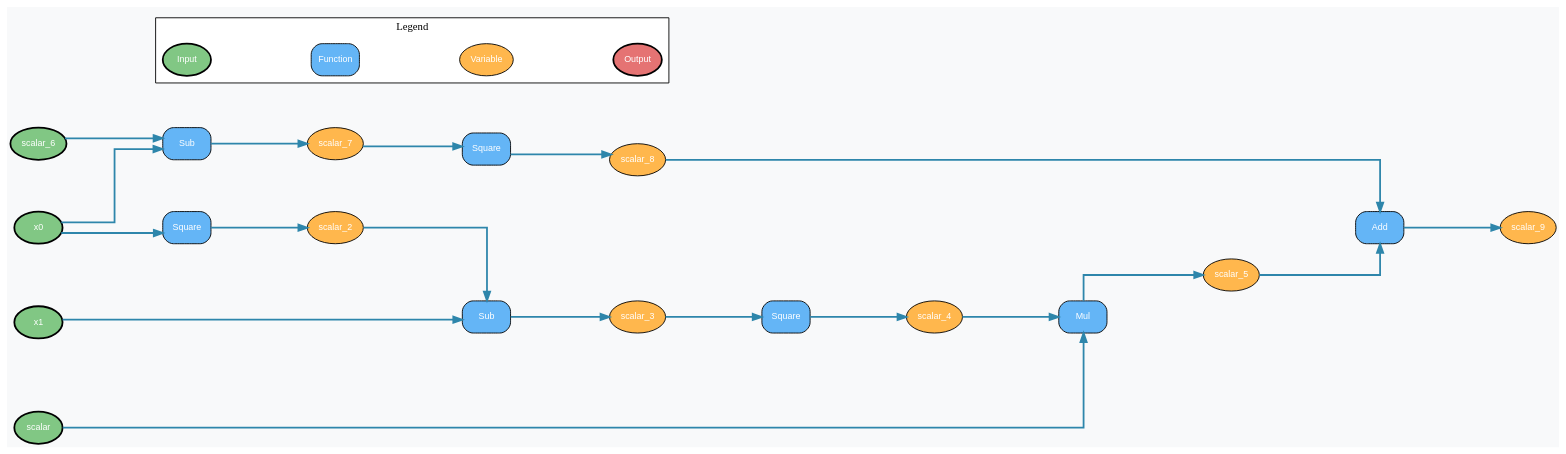
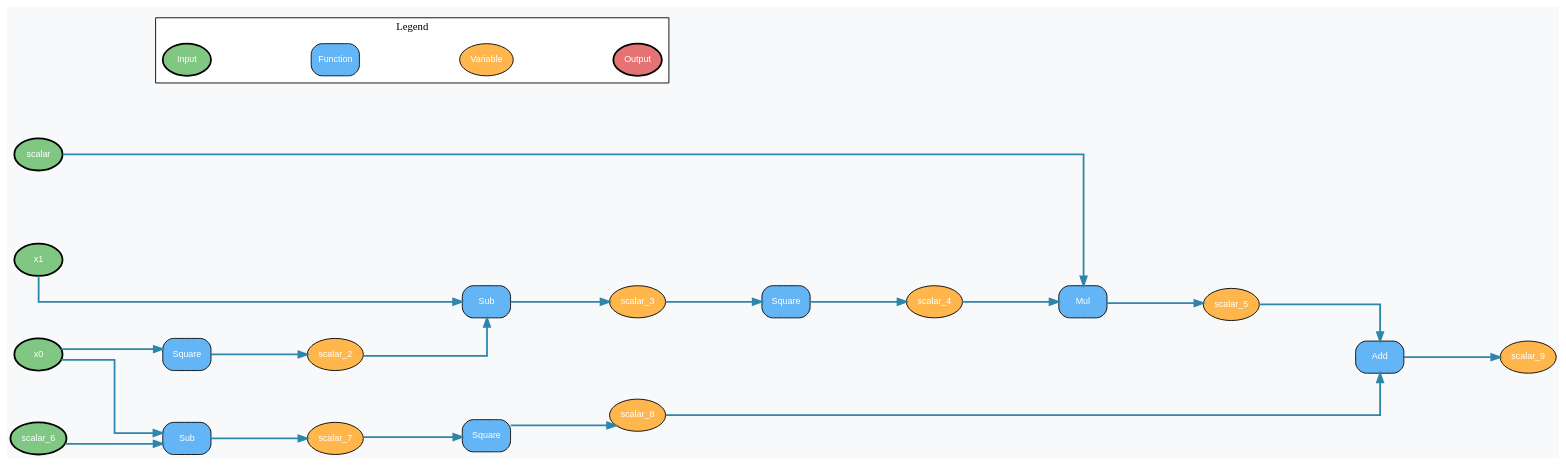
Before and after one commit to 3QNRpDwD/TrenchDeep: the diagram in graph/rosenbrock.dot, drawn with Graphviz. The commit also changed 1 other file, not shown here.

```diff
--- a/graph/rosenbrock.dot
+++ b/graph/rosenbrock.dot
@@ -1,64 +1,64 @@
 digraph ComputationGraph {
 bgcolor="#F8F9FA";
 rankdir=LR;  // 좌우 배치로 데이터 흐름을 더 직관적으로
 splines=ortho;
 nodesep=0.8;
 ranksep=1.5;
 node [fontname="Arial", fontsize=10];
 edge [fontname="Arial", fontsize=8];
 
-    "0x1b7520b4f70" [label="scalar_3", shape=ellipse, style="filled", fillcolor="#FFB74D", fontcolor="white"];
-    "Pointer { addr: 0x1b7520bd7b0, metadata: DynMetadata(0x7ff793bfaff8) }" [label="Sub", shape=box, style="filled,rounded", fillcolor="#64B5F6", fontcolor="white"];
-    "0x1b7520b5c90" [label="scalar_5", shape=ellipse, style="filled", fillcolor="#FFB74D", fontcolor="white"];
-    "0x1b7520b5a10" [label="scalar_7", shape=ellipse, style="filled", fillcolor="#FFB74D", fontcolor="white"];
-    "0x1b7520b5f10" [label="scalar_6", shape=ellipse, style="filled,bold", fillcolor="#81C784", fontcolor="white"];
-    "0x1b7520b50b0" [label="scalar_8", shape=ellipse, style="filled", fillcolor="#FFB74D", fontcolor="white"];
-    "Pointer { addr: 0x1b7520bd780, metadata: DynMetadata(0x7ff793bfaf88) }" [label="Square", shape=box, style="filled,rounded", fillcolor="#64B5F6", fontcolor="white"];
-    "0x1b7520a96e0" [label="scalar", shape=ellipse, style="filled,bold", fillcolor="#81C784", fontcolor="white"];
-    "0x1b7520aa040" [label="scalar_2", shape=ellipse, style="filled", fillcolor="#FFB74D", fontcolor="white"];
-    "Pointer { addr: 0x1b7520bd810, metadata: DynMetadata(0x7ff793bfaf88) }" [label="Square", shape=box, style="filled,rounded", fillcolor="#64B5F6", fontcolor="white"];
-    "Pointer { addr: 0x1b7520bd870, metadata: DynMetadata(0x7ff793bfaf00) }" [label="Mul", shape=box, style="filled,rounded", fillcolor="#64B5F6", fontcolor="white"];
-    "0x1b7520a9640" [label="x1", shape=ellipse, style="filled,bold", fillcolor="#81C784", fontcolor="white"];
-    "Pointer { addr: 0x1b7520bd7e0, metadata: DynMetadata(0x7ff793bfaf50) }" [label="Add", shape=box, style="filled,rounded", fillcolor="#64B5F6", fontcolor="white"];
-    "0x1b7520b56f0" [label="scalar_4", shape=ellipse, style="filled", fillcolor="#FFB74D", fontcolor="white"];
-    "0x1b7520b0d60" [label="scalar_9", shape=ellipse, style="filled", fillcolor="#FFB74D", fontcolor="white"];
-    "Pointer { addr: 0x1b752096af0, metadata: DynMetadata(0x7ff793bfaf88) }" [label="Square", shape=box, style="filled,rounded", fillcolor="#64B5F6", fontcolor="white"];
-    "0x1b7520aa360" [label="x0", shape=ellipse, style="filled,bold", fillcolor="#81C784", fontcolor="white"];
-    "Pointer { addr: 0x1b752096be0, metadata: DynMetadata(0x7ff793bfaff8) }" [label="Sub", shape=box, style="filled,rounded", fillcolor="#64B5F6", fontcolor="white"];
-    { rank=source; "0x1b7520b5f10"; "0x1b7520a96e0"; "0x1b7520a9640"; "0x1b7520aa360"; }
+    "0x16a5d1d0aa0" [label="scalar_7", shape=ellipse, style="filled", fillcolor="#FFB74D", fontcolor="white"];
+    "0x16a5d1d0e60" [label="scalar_5", shape=ellipse, style="filled", fillcolor="#FFB74D", fontcolor="white"];
+    "0x16a5d1c4570" [label="x1", shape=ellipse, style="filled,bold", fillcolor="#81C784", fontcolor="white"];
+    "0x16a5d1d0d20" [label="scalar_8", shape=ellipse, style="filled", fillcolor="#FFB74D", fontcolor="white"];
+    "Pointer { addr: 0x16a5d1b2480, metadata: DynMetadata(0x7ff6cbcbaf00) }" [label="Mul", shape=box, style="filled,rounded", fillcolor="#64B5F6", fontcolor="white"];
+    "0x16a5d1c4250" [label="scalar_3", shape=ellipse, style="filled", fillcolor="#FFB74D", fontcolor="white"];
+    "Pointer { addr: 0x16a5d1b2660, metadata: DynMetadata(0x7ff6cbcbaf88) }" [label="Square", shape=box, style="filled,rounded", fillcolor="#64B5F6", fontcolor="white"];
+    "Pointer { addr: 0x16a5d1b2510, metadata: DynMetadata(0x7ff6cbcbaff8) }" [label="Sub", shape=box, style="filled,rounded", fillcolor="#64B5F6", fontcolor="white"];
+    "0x16a5d1c49d0" [label="scalar", shape=ellipse, style="filled,bold", fillcolor="#81C784", fontcolor="white"];
+    "0x16a5d1cfd80" [label="scalar_6", shape=ellipse, style="filled,bold", fillcolor="#81C784", fontcolor="white"];
+    "0x16a5d1c8210" [label="scalar_4", shape=ellipse, style="filled", fillcolor="#FFB74D", fontcolor="white"];
+    "Pointer { addr: 0x16a5d1b24b0, metadata: DynMetadata(0x7ff6cbcbaf50) }" [label="Add", shape=box, style="filled,rounded", fillcolor="#64B5F6", fontcolor="white"];
+    "0x16a5d1c4750" [label="scalar_2", shape=ellipse, style="filled", fillcolor="#FFB74D", fontcolor="white"];
+    "Pointer { addr: 0x16a5d1a25e0, metadata: DynMetadata(0x7ff6cbcbaff8) }" [label="Sub", shape=box, style="filled,rounded", fillcolor="#64B5F6", fontcolor="white"];
+    "0x16a5d1c4ed0" [label="x0", shape=ellipse, style="filled,bold", fillcolor="#81C784", fontcolor="white"];
+    "Pointer { addr: 0x16a5d1b2540, metadata: DynMetadata(0x7ff6cbcbaf88) }" [label="Square", shape=box, style="filled,rounded", fillcolor="#64B5F6", fontcolor="white"];
+    "0x16a5d1cf920" [label="scalar_9", shape=ellipse, style="filled", fillcolor="#FFB74D", fontcolor="white"];
+    "Pointer { addr: 0x16a5d1a24c0, metadata: DynMetadata(0x7ff6cbcbaf88) }" [label="Square", shape=box, style="filled,rounded", fillcolor="#64B5F6", fontcolor="white"];
+    { rank=source; "0x16a5d1c4570"; "0x16a5d1c49d0"; "0x16a5d1cfd80"; "0x16a5d1c4ed0"; }
 
     // 범례
     subgraph cluster_legend {
         label="Legend";
         style=filled;
         fillcolor="#FFFFFF";
         fontsize=12;
         fontname="Arial Bold";
         
         legend_input [label="Input", shape=ellipse, style="filled,bold", fillcolor="#81C784", fontcolor="white"];
         legend_func [label="Function", shape=box, style="filled,rounded", fillcolor="#64B5F6", fontcolor="white"];
         legend_var [label="Variable", shape=ellipse, style="filled", fillcolor="#FFB74D", fontcolor="white"];
         legend_output [label="Output", shape=ellipse, style="filled,bold", fillcolor="#E57373", fontcolor="white"];
         
         legend_input -> legend_func -> legend_var -> legend_output [style=invis];
     }
 
-    "0x1b7520aa360" -> "Pointer { addr: 0x1b752096af0, metadata: DynMetadata(0x7ff793bfaf88) }" [style=solid, color="#2E86AB", penwidth=2];
-    "Pointer { addr: 0x1b752096af0, metadata: DynMetadata(0x7ff793bfaf88) }" -> "0x1b7520aa040" [style=solid, color="#2E86AB", penwidth=2];
-    "0x1b7520a9640" -> "Pointer { addr: 0x1b752096be0, metadata: DynMetadata(0x7ff793bfaff8) }" [style=solid, color="#2E86AB", penwidth=2];
-    "0x1b7520aa040" -> "Pointer { addr: 0x1b752096be0, metadata: DynMetadata(0x7ff793bfaff8) }" [style=solid, color="#2E86AB", penwidth=2];
-    "Pointer { addr: 0x1b752096be0, metadata: DynMetadata(0x7ff793bfaff8) }" -> "0x1b7520b4f70" [style=solid, color="#2E86AB", penwidth=2];
-    "0x1b7520b4f70" -> "Pointer { addr: 0x1b7520bd780, metadata: DynMetadata(0x7ff793bfaf88) }" [style=solid, color="#2E86AB", penwidth=2];
-    "Pointer { addr: 0x1b7520bd780, metadata: DynMetadata(0x7ff793bfaf88) }" -> "0x1b7520b56f0" [style=solid, color="#2E86AB", penwidth=2];
-    "0x1b7520a96e0" -> "Pointer { addr: 0x1b7520bd870, metadata: DynMetadata(0x7ff793bfaf00) }" [style=solid, color="#2E86AB", penwidth=2];
-    "0x1b7520b56f0" -> "Pointer { addr: 0x1b7520bd870, metadata: DynMetadata(0x7ff793bfaf00) }" [style=solid, color="#2E86AB", penwidth=2];
-    "Pointer { addr: 0x1b7520bd870, metadata: DynMetadata(0x7ff793bfaf00) }" -> "0x1b7520b5c90" [style=solid, color="#2E86AB", penwidth=2];
-    "0x1b7520b5f10" -> "Pointer { addr: 0x1b7520bd7b0, metadata: DynMetadata(0x7ff793bfaff8) }" [style=solid, color="#2E86AB", penwidth=2];
-    "0x1b7520aa360" -> "Pointer { addr: 0x1b7520bd7b0, metadata: DynMetadata(0x7ff793bfaff8) }" [style=solid, color="#2E86AB", penwidth=2];
-    "Pointer { addr: 0x1b7520bd7b0, metadata: DynMetadata(0x7ff793bfaff8) }" -> "0x1b7520b5a10" [style=solid, color="#2E86AB", penwidth=2];
-    "0x1b7520b5a10" -> "Pointer { addr: 0x1b7520bd810, metadata: DynMetadata(0x7ff793bfaf88) }" [style=solid, color="#2E86AB", penwidth=2];
-    "Pointer { addr: 0x1b7520bd810, metadata: DynMetadata(0x7ff793bfaf88) }" -> "0x1b7520b50b0" [style=solid, color="#2E86AB", penwidth=2];
-    "0x1b7520b5c90" -> "Pointer { addr: 0x1b7520bd7e0, metadata: DynMetadata(0x7ff793bfaf50) }" [style=solid, color="#2E86AB", penwidth=2];
-    "0x1b7520b50b0" -> "Pointer { addr: 0x1b7520bd7e0, metadata: DynMetadata(0x7ff793bfaf50) }" [style=solid, color="#2E86AB", penwidth=2];
-    "Pointer { addr: 0x1b7520bd7e0, metadata: DynMetadata(0x7ff793bfaf50) }" -> "0x1b7520b0d60" [style=solid, color="#2E86AB", penwidth=2];
+    "0x16a5d1c4ed0" -> "Pointer { addr: 0x16a5d1a24c0, metadata: DynMetadata(0x7ff6cbcbaf88) }" [style=solid, color="#2E86AB", penwidth=2];
+    "Pointer { addr: 0x16a5d1a24c0, metadata: DynMetadata(0x7ff6cbcbaf88) }" -> "0x16a5d1c4750" [style=solid, color="#2E86AB", penwidth=2];
+    "0x16a5d1c4570" -> "Pointer { addr: 0x16a5d1a25e0, metadata: DynMetadata(0x7ff6cbcbaff8) }" [style=solid, color="#2E86AB", penwidth=2];
+    "0x16a5d1c4750" -> "Pointer { addr: 0x16a5d1a25e0, metadata: DynMetadata(0x7ff6cbcbaff8) }" [style=solid, color="#2E86AB", penwidth=2];
+    "Pointer { addr: 0x16a5d1a25e0, metadata: DynMetadata(0x7ff6cbcbaff8) }" -> "0x16a5d1c4250" [style=solid, color="#2E86AB", penwidth=2];
+    "0x16a5d1c4250" -> "Pointer { addr: 0x16a5d1b2660, metadata: DynMetadata(0x7ff6cbcbaf88) }" [style=solid, color="#2E86AB", penwidth=2];
+    "Pointer { addr: 0x16a5d1b2660, metadata: DynMetadata(0x7ff6cbcbaf88) }" -> "0x16a5d1c8210" [style=solid, color="#2E86AB", penwidth=2];
+    "0x16a5d1c49d0" -> "Pointer { addr: 0x16a5d1b2480, metadata: DynMetadata(0x7ff6cbcbaf00) }" [style=solid, color="#2E86AB", penwidth=2];
+    "0x16a5d1c8210" -> "Pointer { addr: 0x16a5d1b2480, metadata: DynMetadata(0x7ff6cbcbaf00) }" [style=solid, color="#2E86AB", penwidth=2];
+    "Pointer { addr: 0x16a5d1b2480, metadata: DynMetadata(0x7ff6cbcbaf00) }" -> "0x16a5d1d0e60" [style=solid, color="#2E86AB", penwidth=2];
+    "0x16a5d1cfd80" -> "Pointer { addr: 0x16a5d1b2510, metadata: DynMetadata(0x7ff6cbcbaff8) }" [style=solid, color="#2E86AB", penwidth=2];
+    "0x16a5d1c4ed0" -> "Pointer { addr: 0x16a5d1b2510, metadata: DynMetadata(0x7ff6cbcbaff8) }" [style=solid, color="#2E86AB", penwidth=2];
+    "Pointer { addr: 0x16a5d1b2510, metadata: DynMetadata(0x7ff6cbcbaff8) }" -> "0x16a5d1d0aa0" [style=solid, color="#2E86AB", penwidth=2];
+    "0x16a5d1d0aa0" -> "Pointer { addr: 0x16a5d1b2540, metadata: DynMetadata(0x7ff6cbcbaf88) }" [style=solid, color="#2E86AB", penwidth=2];
+    "Pointer { addr: 0x16a5d1b2540, metadata: DynMetadata(0x7ff6cbcbaf88) }" -> "0x16a5d1d0d20" [style=solid, color="#2E86AB", penwidth=2];
+    "0x16a5d1d0e60" -> "Pointer { addr: 0x16a5d1b24b0, metadata: DynMetadata(0x7ff6cbcbaf50) }" [style=solid, color="#2E86AB", penwidth=2];
+    "0x16a5d1d0d20" -> "Pointer { addr: 0x16a5d1b24b0, metadata: DynMetadata(0x7ff6cbcbaf50) }" [style=solid, color="#2E86AB", penwidth=2];
+    "Pointer { addr: 0x16a5d1b24b0, metadata: DynMetadata(0x7ff6cbcbaf50) }" -> "0x16a5d1cf920" [style=solid, color="#2E86AB", penwidth=2];
 }
```
